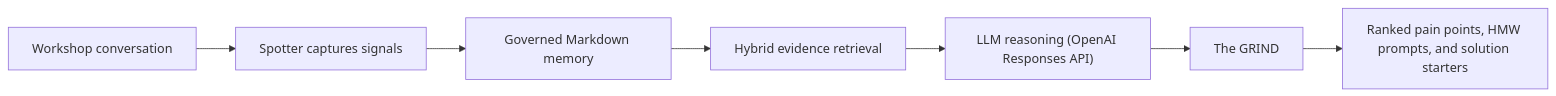
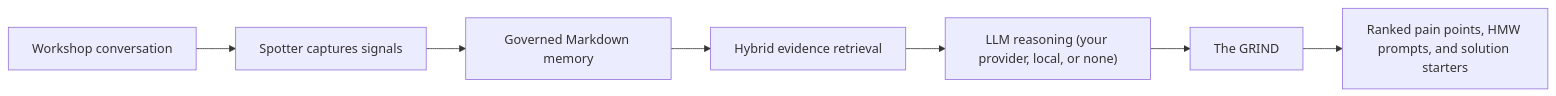
Before and after one commit to SixSigmaEngineer/skate-workshop-os: the first of 4 diagrams in README.md, drawn with Mermaid. The commit also changed other lines of this file and 9 other files, not shown here.

````diff
--- a/README.md
+++ b/README.md
@@ -43,9 +43,9 @@
 ```mermaid
 flowchart LR
     A["Workshop conversation"] --> B["Spotter captures signals"]
     B --> C["Governed Markdown memory"]
     C --> D["Hybrid evidence retrieval"]
-    D --> E["LLM reasoning (OpenAI Responses API)"]
+    D --> E["LLM reasoning (your provider, local, or none)"]
     E --> F["The GRIND"]
     F --> G["Ranked pain points, HMW prompts, and solution starters"]
 ```
````
